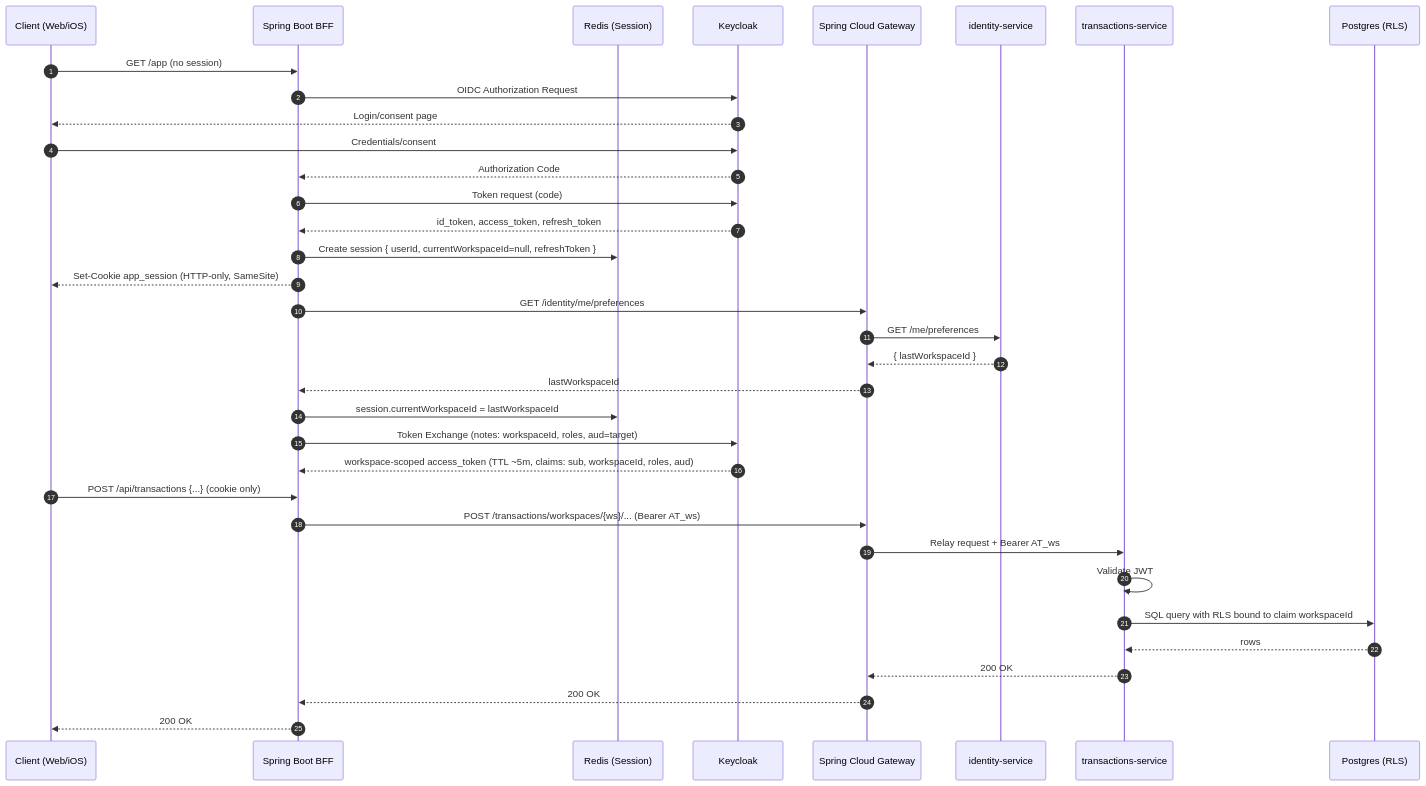
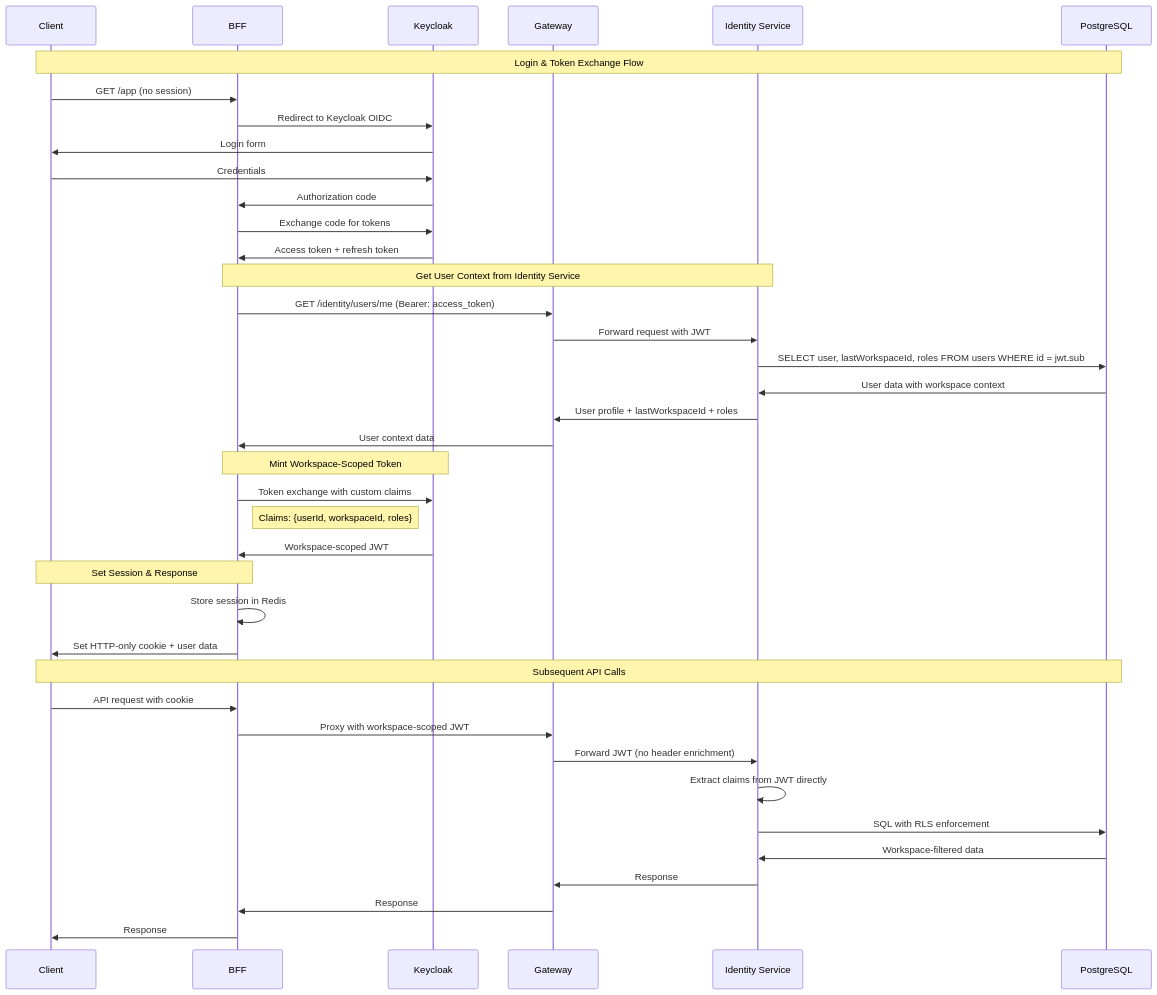
Before and after one commit to beaverio/infrastructure: the diagram in diagrams/auth-flow.md, drawn with Mermaid. The commit also changed 1 other file, not shown here.

Commit message:
auth-flow work

````diff
--- a/diagrams/auth-flow.md
+++ b/diagrams/auth-flow.md
@@ -44,45 +44,47 @@
 ```mermaid
 sequenceDiagram
-    autonumber
-    participant C as Client (Web/iOS)
-    participant B as Spring Boot BFF
-    participant R as Redis (Session)
+    participant C as Client
+    participant B as BFF
     participant K as Keycloak
-    participant G as Spring Cloud Gateway
-    participant I as identity-service
-    participant S as transactions-service
-    participant P as Postgres (RLS)
+    participant G as Gateway
+    participant I as Identity Service
+    participant P as PostgreSQL
 
-    %% 1) LOGIN
+    Note over C,P: Login & Token Exchange Flow
+    
     C->>B: GET /app (no session)
-    B->>K: OIDC Authorization Request
-    K-->>C: Login/consent page
-    C->>K: Credentials/consent
-    K-->>B: Authorization Code
-    B->>K: Token request (code)
-    K-->>B: id_token, access_token, refresh_token
-    B->>R: Create session { userId, currentWorkspaceId=null, refreshToken }
-    B-->>C: Set-Cookie app_session (HTTP-only, SameSite)
-
-    %% 2) SEED WORKSPACE (assume identity has lastWorkspaceId)
-    B->>G: GET /identity/me/preferences
-    G->>I: GET /me/preferences
-    I-->>G: { lastWorkspaceId }
-    G-->>B: lastWorkspaceId
-    B->>R: session.currentWorkspaceId = lastWorkspaceId
-
-    %% 3) TOKEN EXCHANGE (workspace-scoped)
-    B->>K: Token Exchange (notes: workspaceId, roles, aud=target)
-    K-->>B: workspace-scoped access_token (TTL ~5m, claims: sub, workspaceId, roles, aud)
-
-    %% 4) SCOPED API CALL
-    C->>B: POST /api/transactions {...} (cookie only)
-    B->>G: POST /transactions/workspaces/{ws}/... (Bearer AT_ws)
-    G->>S: Relay request + Bearer AT_ws
-    S->>S: Validate JWT
-    S->>P: SQL query with RLS bound to claim workspaceId
-    P-->>S: rows
-    S-->>G: 200 OK
-    G-->>B: 200 OK
-    B-->>C: 200 OK
+    B->>K: Redirect to Keycloak OIDC
+    K->>C: Login form
+    C->>K: Credentials
+    K->>B: Authorization code
+    B->>K: Exchange code for tokens
+    K->>B: Access token + refresh token
+    
+    Note over B,I: Get User Context from Identity Service
+    B->>G: GET /identity/users/me (Bearer: access_token)
+    G->>I: Forward request with JWT
+    I->>P: SELECT user, lastWorkspaceId, roles FROM users WHERE id = jwt.sub
+    P->>I: User data with workspace context
+    I->>G: User profile + lastWorkspaceId + roles
+    G->>B: User context data
+    
+    Note over B,K: Mint Workspace-Scoped Token
+    B->>K: Token exchange with custom claims
+    Note right of B: Claims: {userId, workspaceId, roles}
+    K->>B: Workspace-scoped JWT
+    
+    Note over B,C: Set Session & Response
+    B->>B: Store session in Redis
+    B->>C: Set HTTP-only cookie + user data
+    
+    Note over C,P: Subsequent API Calls
+    C->>B: API request with cookie
+    B->>G: Proxy with workspace-scoped JWT
+    G->>I: Forward JWT (no header enrichment)
+    I->>I: Extract claims from JWT directly
+    I->>P: SQL with RLS enforcement
+    P->>I: Workspace-filtered data
+    I->>G: Response
+    G->>B: Response
+    B->>C: Response
 ```
````
